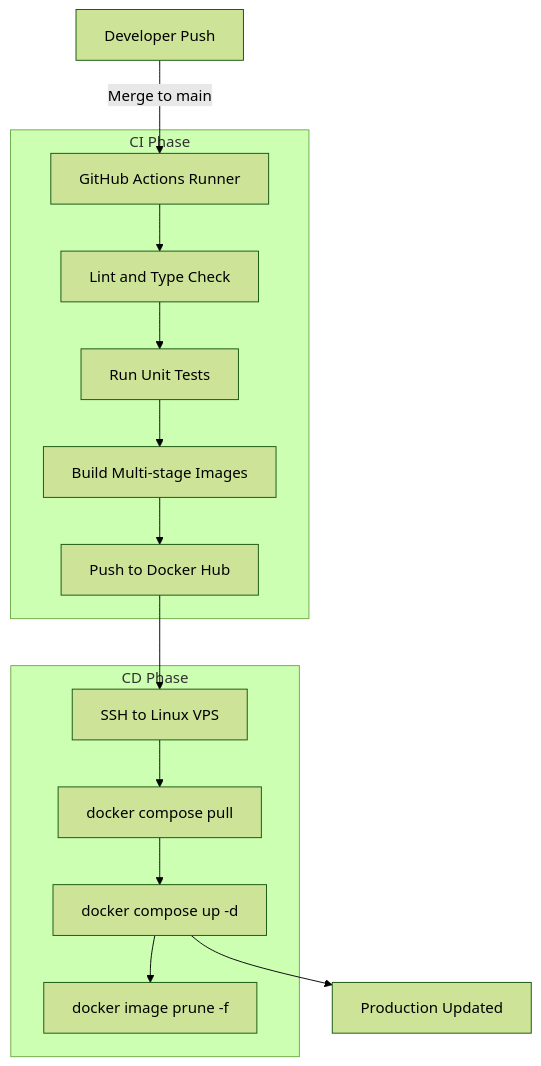
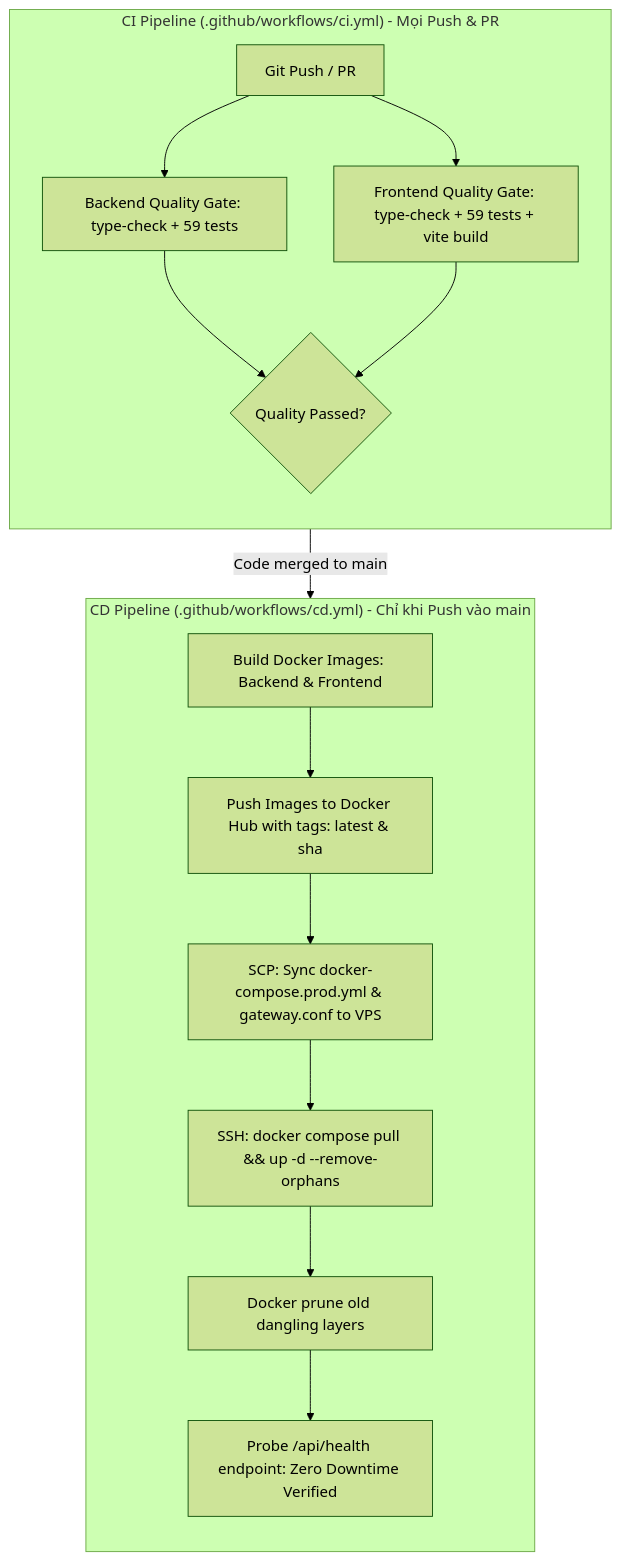
The diagram in documents/infrastructure.md (dorayakiiiiz/devpulse), drawn with Mermaid (forest theme) before and after one commit. The commit also changed other lines of this file and 11 other files, not shown here.

Commit message:
feat(ci-cd): implement unified pipeline, clean compose config, and deep-dive deployment docs

````diff
--- a/documents/infrastructure.md
+++ b/documents/infrastructure.md
@@ -70,20 +80,20 @@
 ```mermaid
-graph TD
-    Developer[Developer Push] -->|Merge to main| GitHubActions[GitHub Actions Runner]
-    
-    subgraph CI Phase
-        GitHubActions --> RunLint[Lint and Type Check]
-        RunLint --> RunTests[Run Unit Tests]
-        RunTests --> BuildImages[Build Multi-stage Images]
-        BuildImages --> PushRegistry[Push to Docker Hub]
+flowchart TD
+    subgraph CI_Pipeline ["CI Pipeline (.github/workflows/ci.yml) - Mọi Push & PR"]
+        direction TB
+        A[Git Push / PR] --> B[Backend Quality Gate: type-check + 59 tests]
+        A --> C[Frontend Quality Gate: type-check + 59 tests + vite build]
+        B --> D{Quality Passed?}
+        C --> D
     end
 
-    subgraph CD Phase
-        PushRegistry --> SSHConnect[SSH to Linux VPS]
-        SSHConnect --> PullImages[docker compose pull]
-        PullImages --> RollingRestart[docker compose up -d]
-        RollingRestart --> PruneOldImages[docker image prune -f]
+    subgraph CD_Pipeline ["CD Pipeline (.github/workflows/cd.yml) - Chỉ khi Push vào main"]
+        direction TB
+        D -- "Code merged to main" --> E[Build Docker Images: Backend & Frontend]
+        E --> F[Push Images to Docker Hub with tags: latest & sha]
+        F --> G[SCP: Sync docker-compose.prod.yml & gateway.conf to VPS]
+        G --> H[SSH: docker compose pull && up -d --remove-orphans]
+        H --> I[Docker prune old dangling layers]
+        I --> J[Probe /api/health endpoint: Zero Downtime Verified]
     end
-
-    RollingRestart --> ProductionLive[Production Updated]
 ```
````
